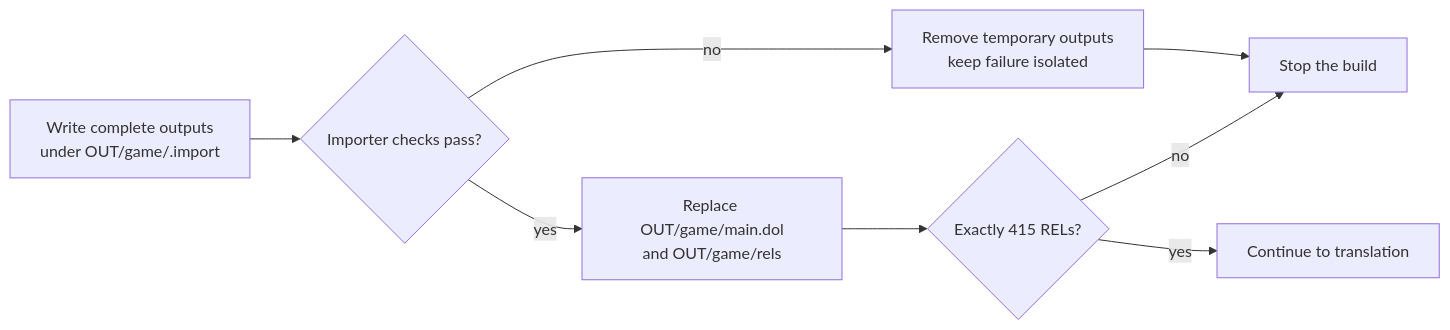
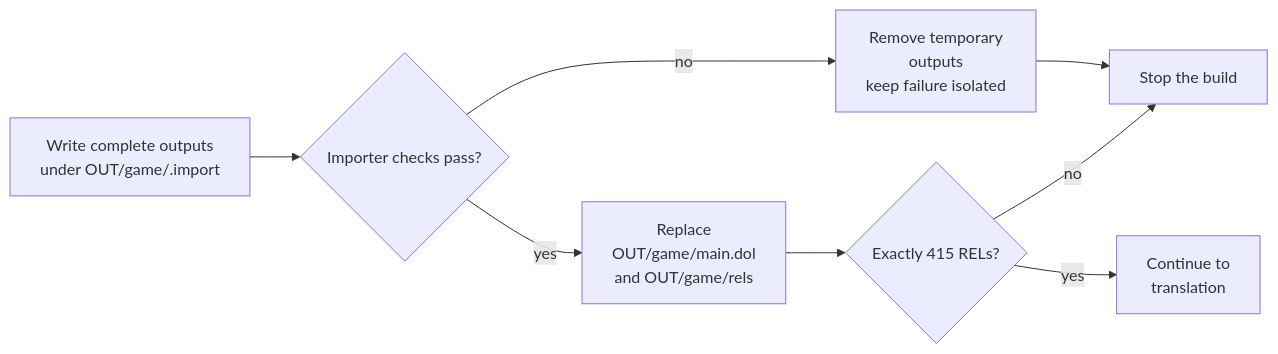
One commit to Aelbannan/boat_of_daphnes changed the sixth of 10 diagrams in docs/architecture/Build.md. Above: the diagram before and after it, drawn with Mermaid. The commit also changed other lines of this file and 7 other files, not shown here.

Commit message:
Wrap Mermaid diagram labels

````diff
--- a/docs/architecture/Build.md
+++ b/docs/architecture/Build.md
@@ -341,16 +341,16 @@
 ```mermaid
 flowchart LR
     Prepare["Write complete outputs<br/>under OUT/game/.import"]
     Importer{"Importer checks pass?"}
-    Clean["Remove temporary outputs<br/>keep failure isolated"]
-    Publish["Replace OUT/game/main.dol<br/>and OUT/game/rels"]
+    Clean["Remove temporary<br/>outputs<br/>keep failure isolated"]
+    Publish["Replace<br/>OUT/game/main.dol<br/>and OUT/game/rels"]
     Count{"Exactly 415 RELs?"}
     Stop["Stop the build"]
-    Translate["Continue to translation"]
+    Translate["Continue to<br/>translation"]
 
     Prepare --> Importer
     Importer -->|no| Clean --> Stop
     Importer -->|yes| Publish --> Count
     Count -->|no| Stop
     Count -->|yes| Translate
 ```
````
